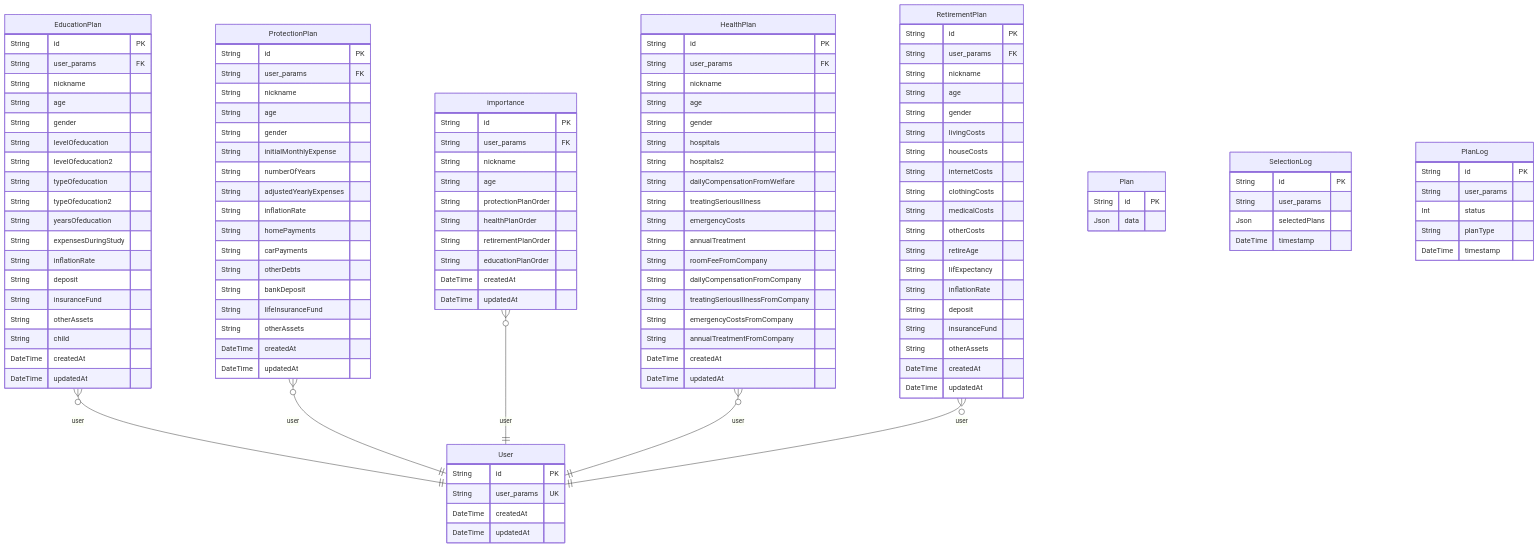
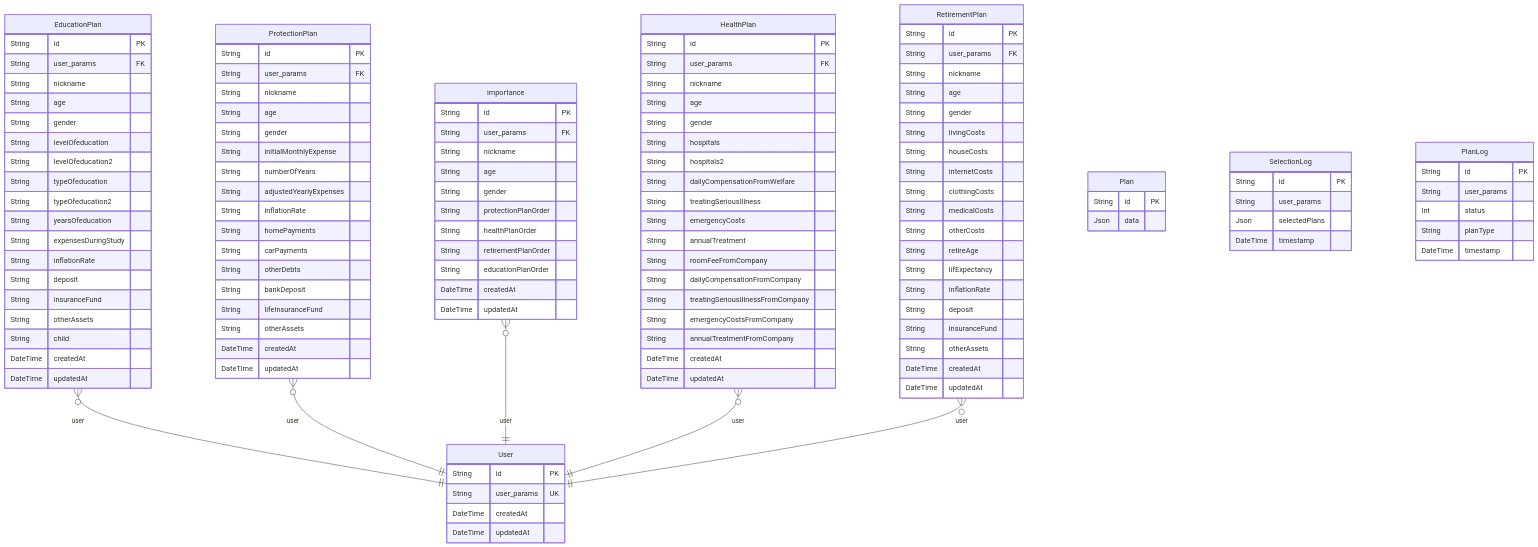
Before and after one commit to H-lab-official/Financial-Health-Check-BE: the diagram in prisma/ERD.md, drawn with Mermaid. The commit also changed other lines of this file and 2 other files, not shown here.

Commit message:
add gender in importance

```diff
--- a/prisma/ERD.md
+++ b/prisma/ERD.md
@@ -50,6 +50,7 @@
   String user_params FK
   String nickname
   String age
+  String gender
   String protectionPlanOrder
   String healthPlanOrder
   String retirementPlanOrder
```
